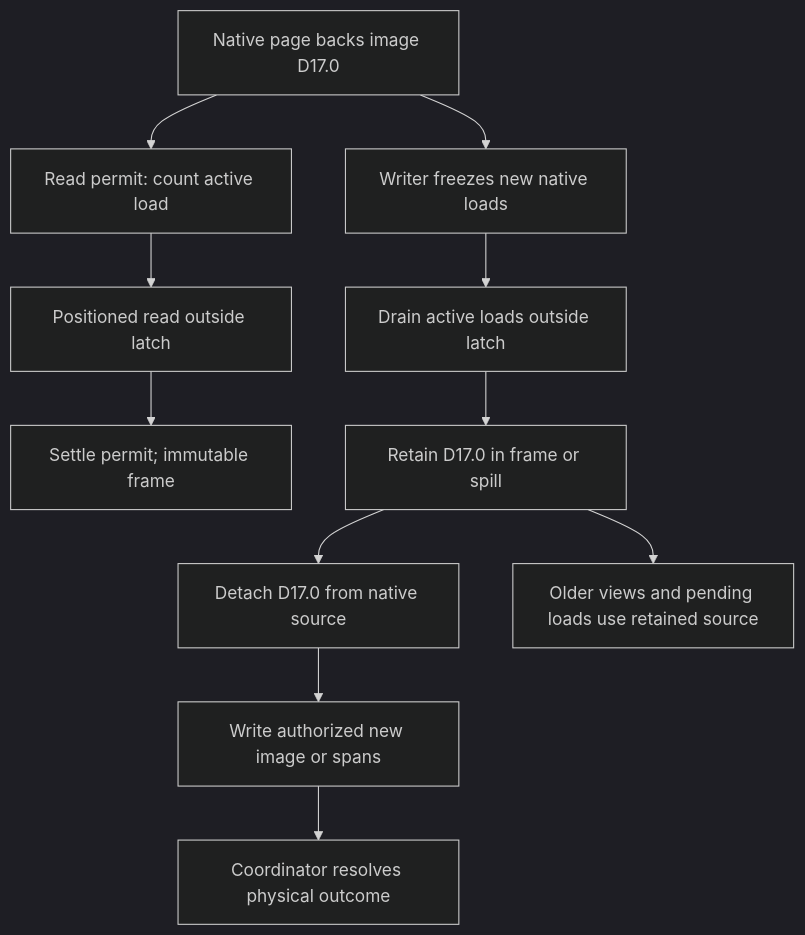
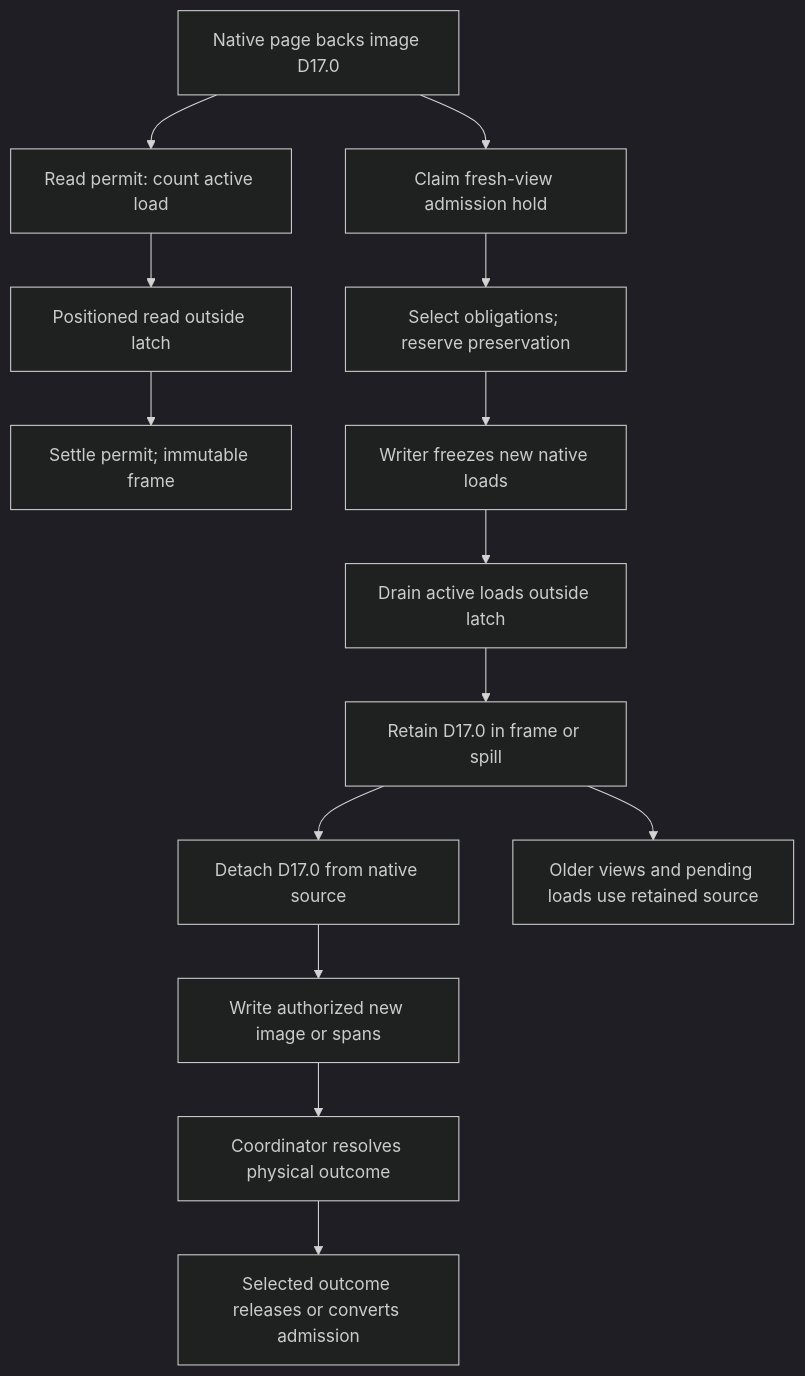
Before and after one commit to DnaCalc/CalcDb: the second of 2 diagrams in docs/book/II-03-pager.md, drawn with Mermaid (dark theme). The commit also changed other lines of this file and 10 other files, not shown here.

````diff
--- a/docs/book/II-03-pager.md
+++ b/docs/book/II-03-pager.md
@@ -376,13 +376,16 @@
 ```mermaid
 flowchart TD
     A["Native page backs image D17.0"] --> B["Read permit: count active load"]
     B --> C["Positioned read outside latch"]
     C --> D["Settle permit; immutable frame"]
-    A --> E["Writer freezes new native loads"]
+    A --> V["Claim fresh-view admission hold"]
+    V --> S["Select obligations; reserve preservation"]
+    S --> E["Writer freezes new native loads"]
     E --> F["Drain active loads outside latch"]
     F --> G["Retain D17.0 in frame or spill"]
     G --> H["Detach D17.0 from native source"]
     H --> I["Write authorized new image or spans"]
     I --> J["Coordinator resolves physical outcome"]
     G --> K["Older views and pending loads use retained source"]
+    J --> L["Selected outcome releases or converts admission"]
 ```
````
